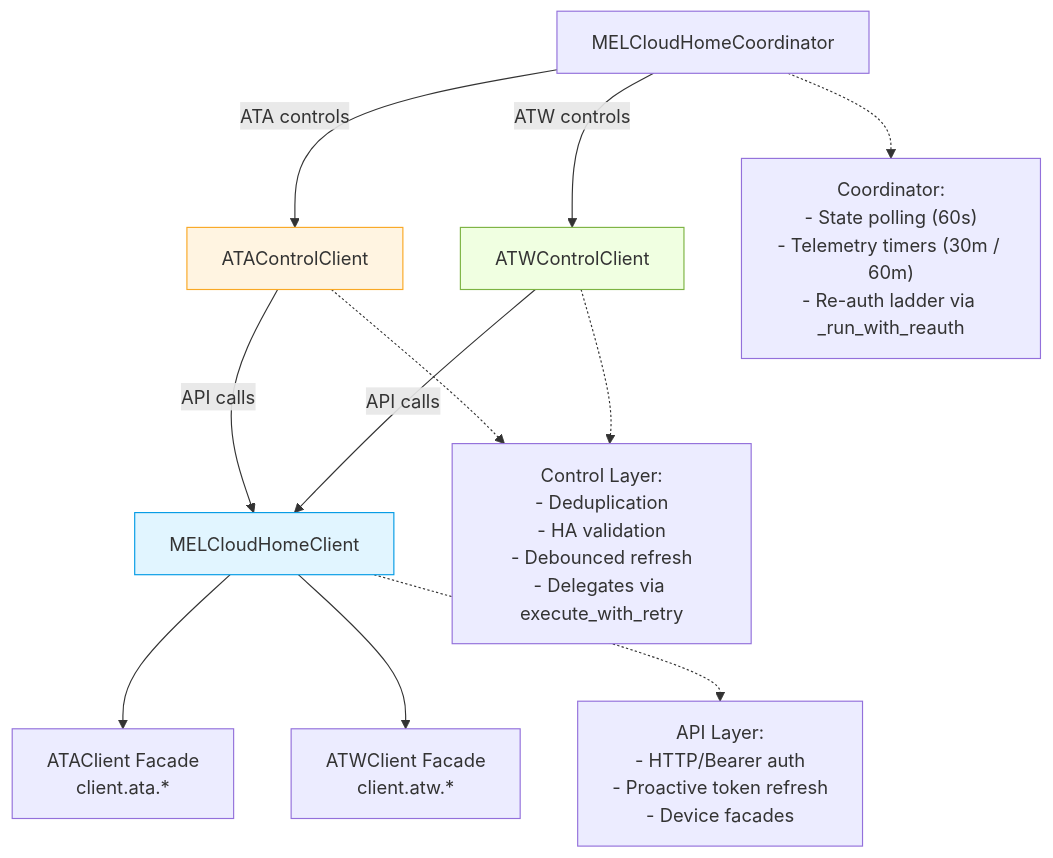
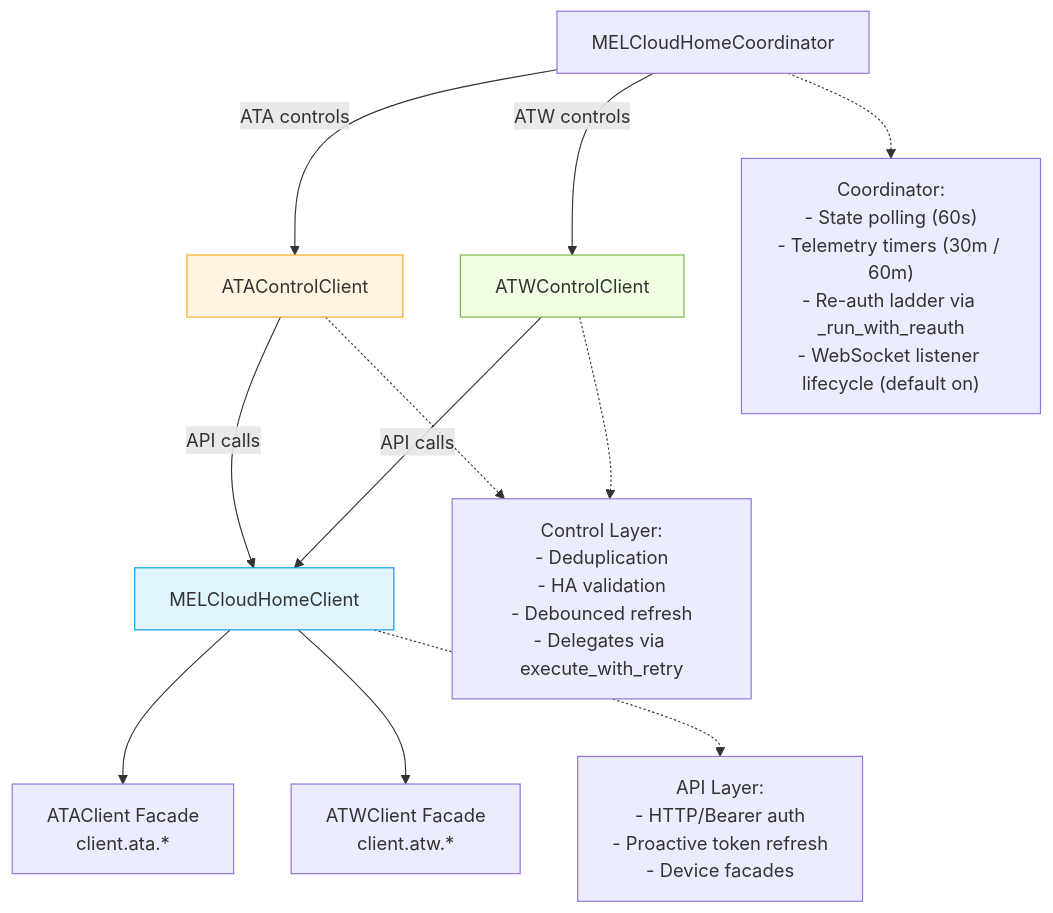
One commit to andrew-blake/melcloudhome changed the third of 6 diagrams in docs/architecture.md. Above: the diagram before and after it, drawn with Mermaid. The commit also changed other lines of this file and 24 other files, not shown here.

First line of the commit message:
feat: enable real-time WebSocket updates by default + docs weave (#185)

````diff
--- a/docs/architecture.md
+++ b/docs/architecture.md
@@ -350,29 +365,29 @@
 ```mermaid
 graph TD
     Coordinator[MELCloudHomeCoordinator]
     ControlATA[ATAControlClient]
     ControlATW[ATWControlClient]
     APIClient[MELCloudHomeClient]
     ATAAPI[ATAClient Facade<br/>client.ata.*]
     ATWAPI[ATWClient Facade<br/>client.atw.*]
 
     Coordinator -->|ATA controls| ControlATA
     Coordinator -->|ATW controls| ControlATW
     ControlATA -->|API calls| APIClient
     ControlATW -->|API calls| APIClient
     APIClient --> ATAAPI
     APIClient --> ATWAPI
 
     style ControlATA fill:#fff4e1,stroke:#f9a825
     style ControlATW fill:#f0ffe1,stroke:#7cb342
     style APIClient fill:#e1f5ff,stroke:#039be5
 
-    note0["Coordinator:<br/>- State polling (60s)<br/>- Telemetry timers (30m / 60m)<br/>- Re-auth ladder via _run_with_reauth"]
+    note0["Coordinator:<br/>- State polling (60s)<br/>- Telemetry timers (30m / 60m)<br/>- Re-auth ladder via _run_with_reauth<br/>- WebSocket listener lifecycle (default on)"]
     note1["Control Layer:<br/>- Deduplication<br/>- HA validation<br/>- Debounced refresh<br/>- Delegates via execute_with_retry"]
     note2["API Layer:<br/>- HTTP/Bearer auth<br/>- Proactive token refresh<br/>- Device facades"]
 
     Coordinator -.-> note0
     ControlATA -.-> note1
     ControlATW -.-> note1
     APIClient -.-> note2
 ```
````
